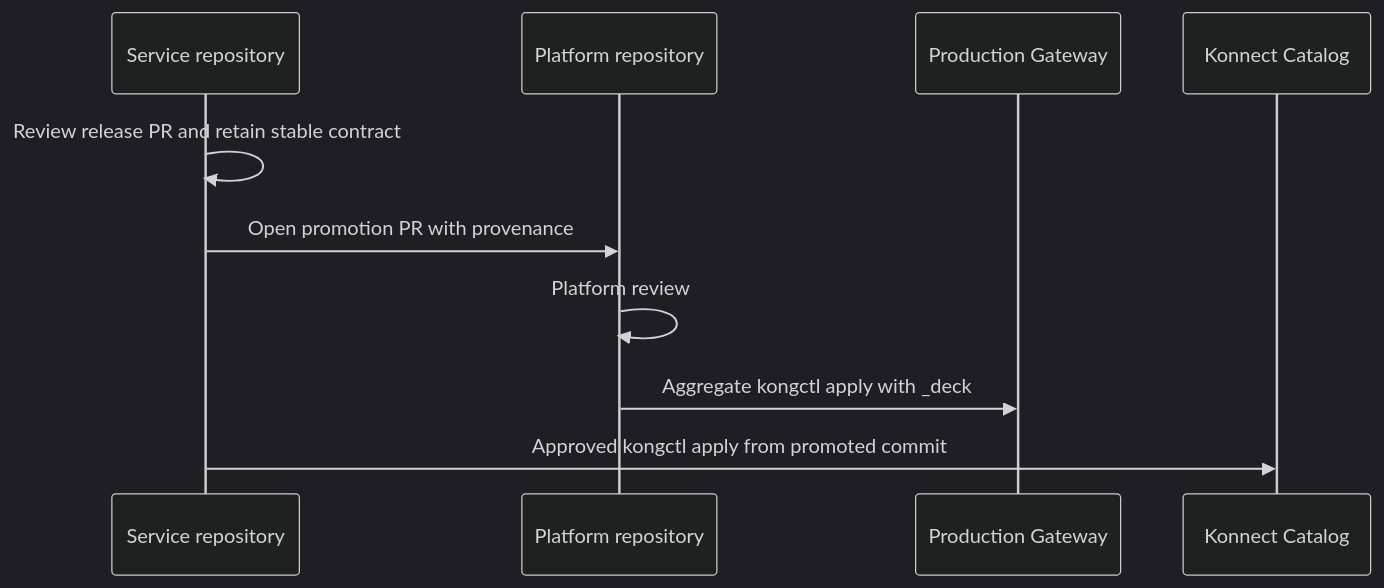
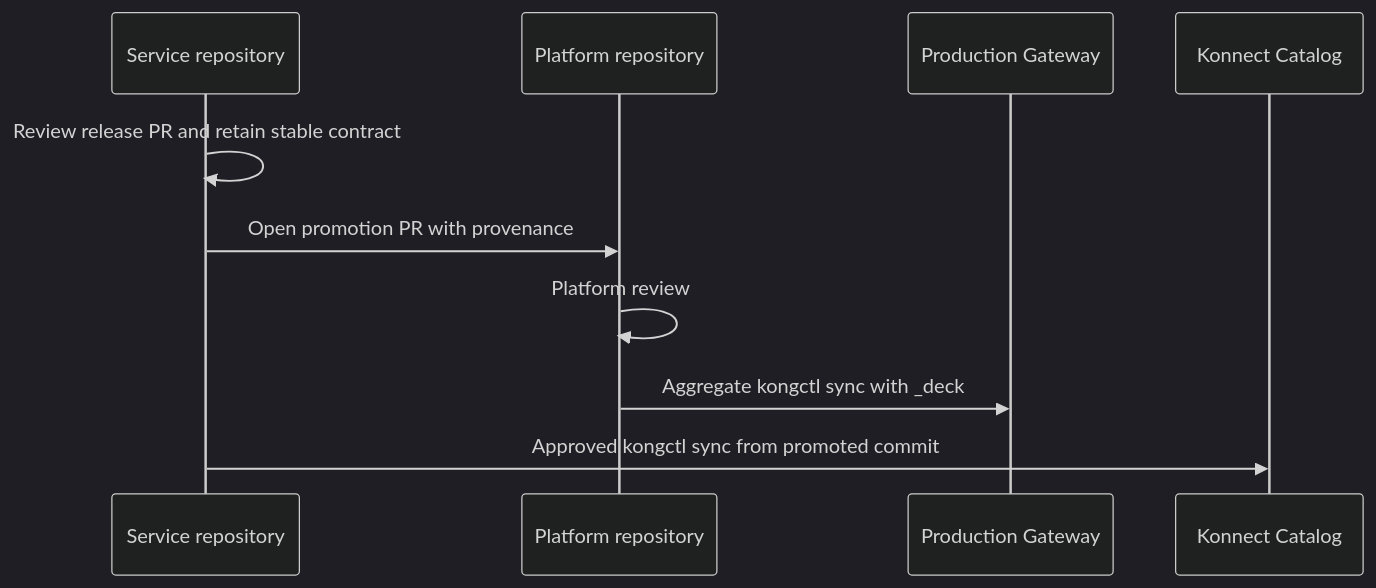
The diagram in app/konnect-reference-platform/apiops.md (Kong/developer.konghq.com), drawn with Mermaid (dark theme) before and after one commit. The commit also changed other lines of this file and 4 other files, not shown here.

```diff
--- a/app/konnect-reference-platform/apiops.md
+++ b/app/konnect-reference-platform/apiops.md
@@ -122,12 +125,12 @@
 {% mermaid %}
 sequenceDiagram
   participant S as Service repository
   participant P as Platform repository
   participant G as Production Gateway
   participant C as Konnect Catalog
   S->>S: Review release PR and retain stable contract
   S->>P: Open promotion PR with provenance
   P->>P: Platform review
-  P->>G: Aggregate kongctl apply with _deck
-  S->>C: Approved kongctl apply from promoted commit
+  P->>G: Aggregate kongctl sync with _deck
+  S->>C: Approved kongctl sync from promoted commit
 {% endmermaid %}
```
